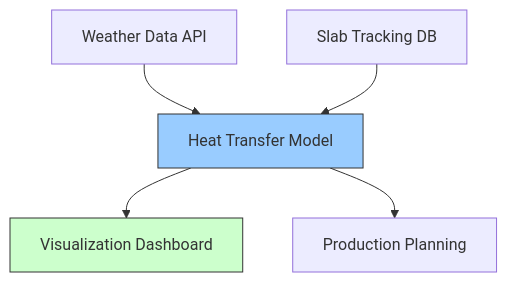
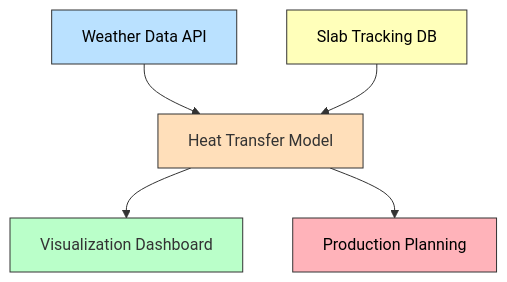
One commit to Christophe-Foyer/website changed the second of 2 diagrams in public/data/projects/2018-06-01-Tata Steel.md. Above: the diagram before and after it, drawn with Mermaid. The commit also changed other lines of this file, not shown here.

Commit message:
better colors

````diff
--- a/public/data/projects/2018-06-01-Tata Steel.md
+++ b/public/data/projects/2018-06-01-Tata Steel.md
@@ -32,9 +36,13 @@
 ```mermaid
 flowchart TD
     A[Weather Data API] --> M[Heat Transfer Model]
     B[Slab Tracking DB] --> M
     M --> V[Visualization Dashboard]
     M --> R[Production Planning]
-    style M fill:#9cf,stroke:#333,stroke-width:1px
-    style V fill:#cfc,stroke:#333,stroke-width:1px
+    
+    style A fill:#bae1ff,stroke:#333,stroke-width:1px,color:#000
+    style B fill:#ffffba,stroke:#333,stroke-width:1px,color:#000
+    style M fill:#ffdfba,stroke:#333,stroke-width:1px
+    style V fill:#baffc9,stroke:#333,stroke-width:1px
+    style R fill:#ffb3ba,stroke:#333,stroke-width:1px,color:#000
 ```
````
